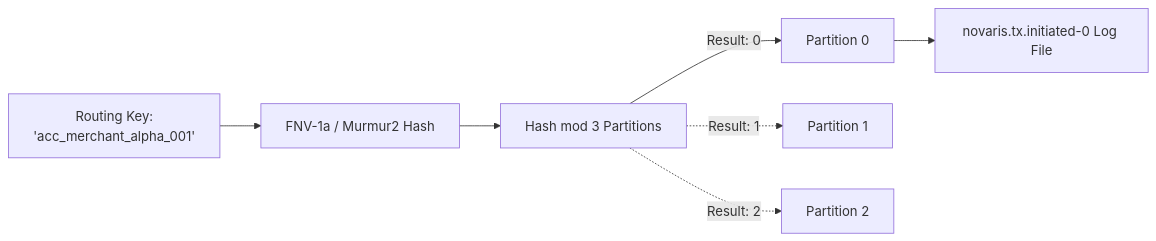
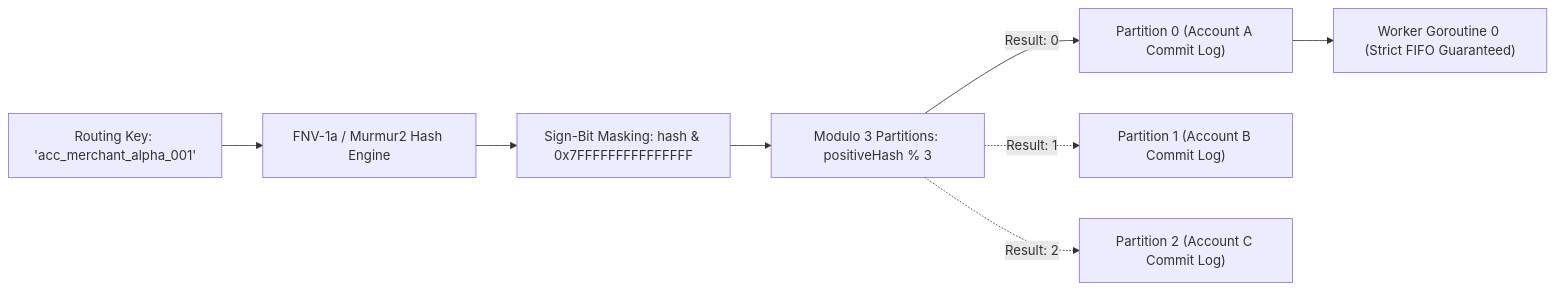
The fifth of 9 diagrams in bin/Daily_Actions/Phase_2_Streaming_Core/Day_15_Action_Log.md (charan21042005/novaris), drawn with Mermaid before and after one commit. The commit also changed other lines of this file, not shown here.

Commit message:
docs(phase2): expand Day 15 Action Log to comprehensive 1300+ line textbook edition

````diff
--- a/bin/Daily_Actions/Phase_2_Streaming_Core/Day_15_Action_Log.md
+++ b/bin/Daily_Actions/Phase_2_Streaming_Core/Day_15_Action_Log.md
@@ -513,10 +721,11 @@
 ```mermaid
 flowchart LR
-    Key["Routing Key:<br>'acc_merchant_alpha_001'"] --> Partitioner["FNV-1a / Murmur2 Hash"]
-    Partitioner --> Modulo["Hash mod 3 Partitions"]
-    Modulo -->|Result: 0| P0["Partition 0"]
-    Modulo -.->|Result: 1| P1["Partition 1"]
-    Modulo -.->|Result: 2| P2["Partition 2"]
+    Key["Routing Key: 'acc_merchant_alpha_001'"] --> Partitioner["FNV-1a / Murmur2 Hash Engine"]
+    Partitioner --> Mask["Sign-Bit Masking: hash & 0x7FFFFFFFFFFFFFFF"]
+    Mask --> Modulo["Modulo 3 Partitions: positiveHash % 3"]
+    Modulo -->|Result: 0| P0["Partition 0 (Account A Commit Log)"]
+    Modulo -.->|Result: 1| P1["Partition 1 (Account B Commit Log)"]
+    Modulo -.->|Result: 2| P2["Partition 2 (Account C Commit Log)"]
 
-    P0 --> Log["novaris.tx.initiated-0 Log File"]
+    P0 --> Worker["Worker Goroutine 0 (Strict FIFO Guaranteed)"]
 ```
````
